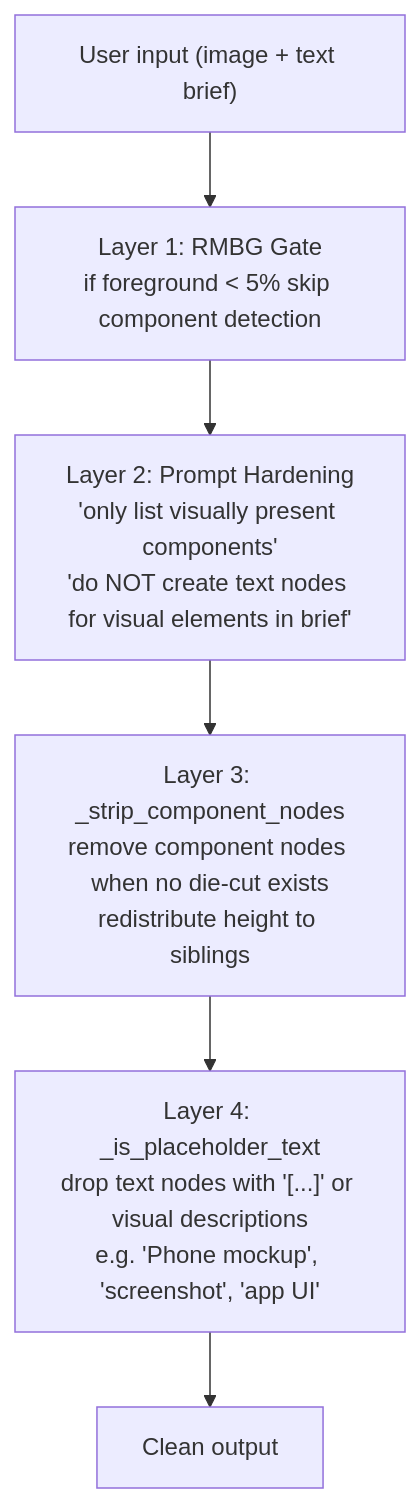
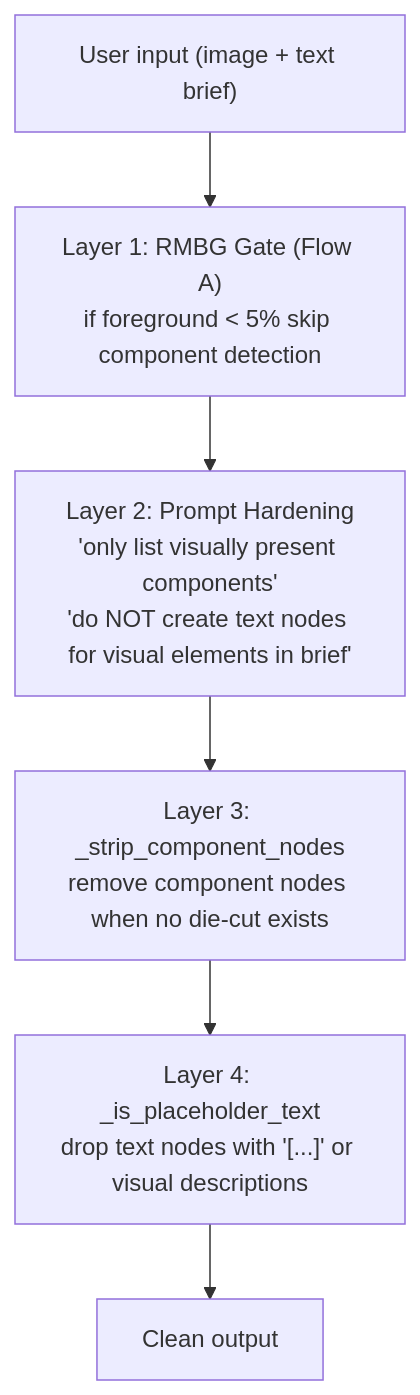
One commit to Chulinuwu/gen-image-layer-separator changed the sixth of 7 diagrams in architecture.md. Above: the diagram before and after it, drawn with Mermaid. The commit also changed other lines of this file and 1 other file, not shown here.

Commit message:
docs: update architecture.md + CLAUDE.md to reflect StyleSpec pipeline (Step 0 + 0.5, CoT prompts, spec-driven BG)

````diff
--- a/architecture.md
+++ b/architecture.md
@@ -536,8 +632,8 @@
 ```mermaid
 graph TB
   Input["User input (image + text brief)"] --> L1
-  L1["Layer 1: RMBG Gate<br/>if foreground &lt; 5% skip component detection"] --> L2
+  L1["Layer 1: RMBG Gate (Flow A)<br/>if foreground &lt; 5% skip component detection"] --> L2
   L2["Layer 2: Prompt Hardening<br/>'only list visually present components'<br/>'do NOT create text nodes for visual elements in brief'"] --> L3
-  L3["Layer 3: _strip_component_nodes<br/>remove component nodes when no die-cut exists<br/>redistribute height to siblings"] --> L4
-  L4["Layer 4: _is_placeholder_text<br/>drop text nodes with '[...]' or visual descriptions<br/>e.g. 'Phone mockup', 'screenshot', 'app UI'"] --> Safe["Clean output"]
+  L3["Layer 3: _strip_component_nodes<br/>remove component nodes when no die-cut exists"] --> L4
+  L4["Layer 4: _is_placeholder_text<br/>drop text nodes with '[...]' or visual descriptions"] --> Safe["Clean output"]
 ```
````
